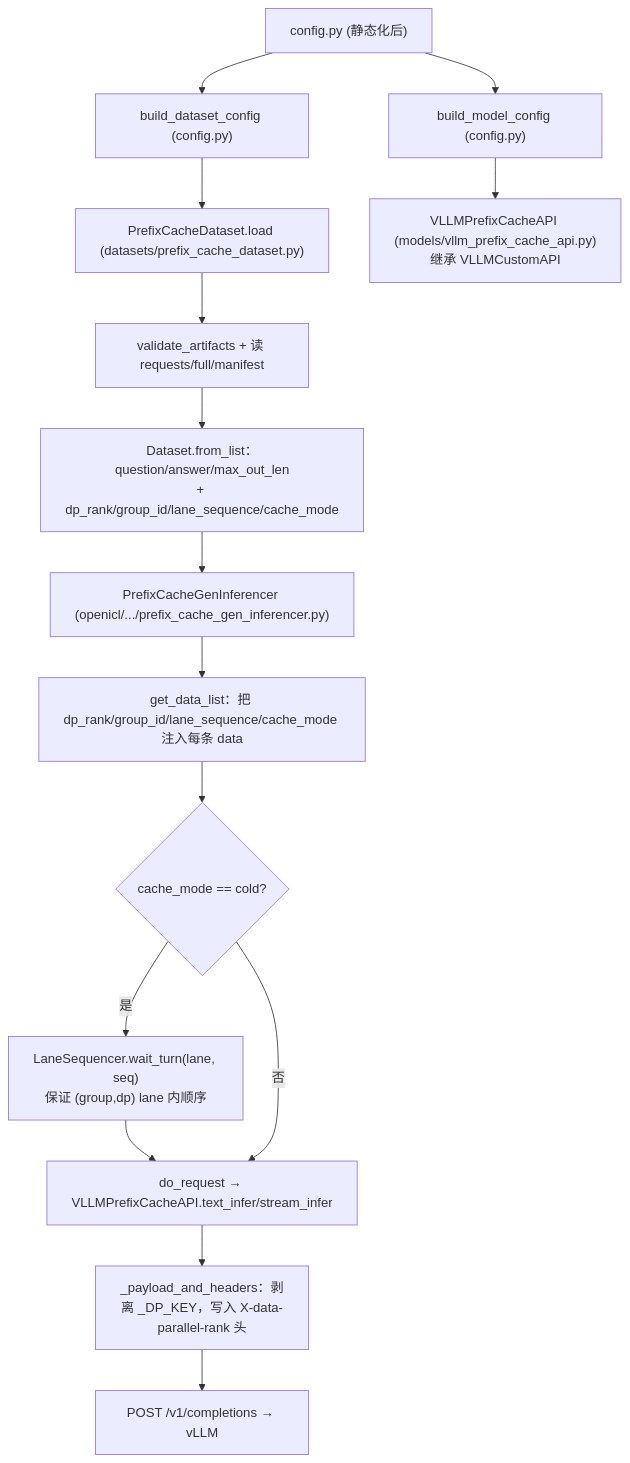
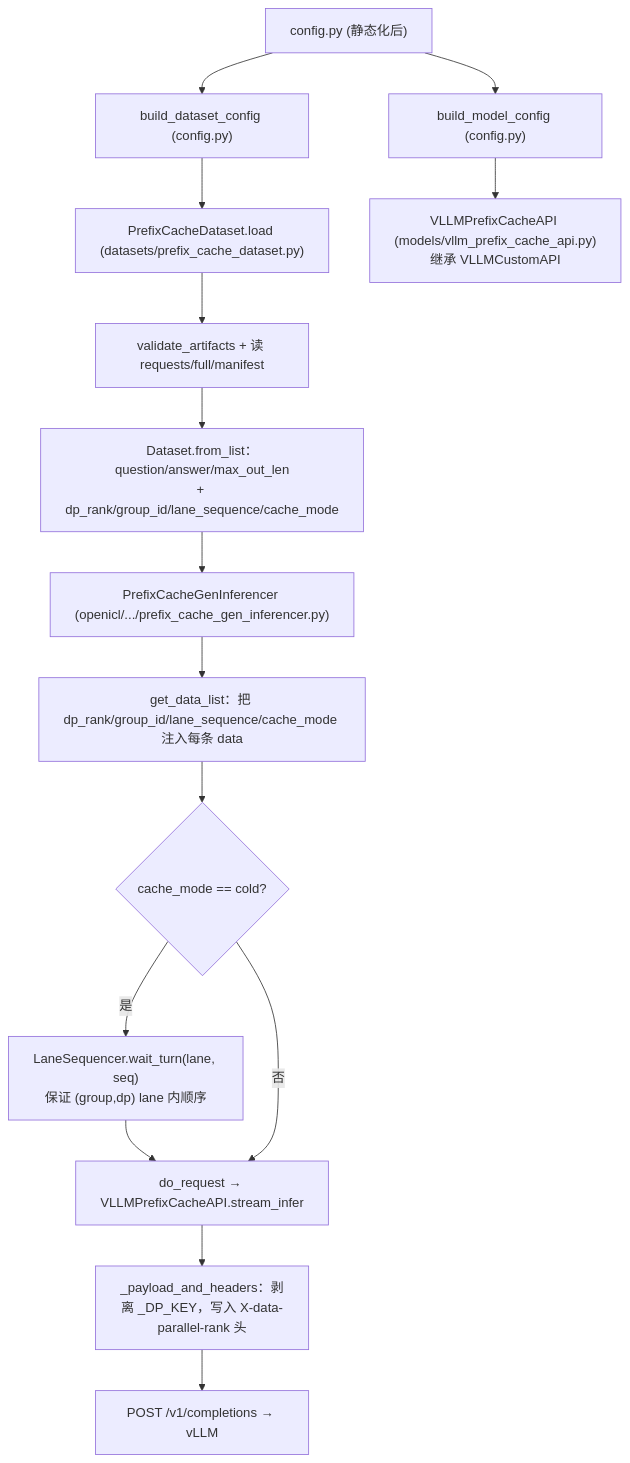
Before and after one commit to AISBench/benchmark: the fourth of 7 diagrams in plugins/prefix_cache/ARCHITECTURE.md, drawn with Mermaid. The commit also changed other lines of this file and 7 other files, not shown here.

````diff
--- a/plugins/prefix_cache/ARCHITECTURE.md
+++ b/plugins/prefix_cache/ARCHITECTURE.md
@@ -173,17 +173,17 @@
 ```mermaid
 flowchart TB
     A["config.py (静态化后)"] --> B["build_dataset_config (config.py)"]
     B --> B1["PrefixCacheDataset.load (datasets/prefix_cache_dataset.py)"]
     B1 --> B2["validate_artifacts + 读 requests/full/manifest"]
     B2 --> B3["Dataset.from_list：question/answer/max_out_len<br/>+ dp_rank/group_id/lane_sequence/cache_mode"]
     A --> C["build_model_config (config.py)"]
     C --> C1["VLLMPrefixCacheAPI (models/vllm_prefix_cache_api.py)<br/>继承 VLLMCustomAPI"]
     B3 --> D["PrefixCacheGenInferencer (openicl/.../prefix_cache_gen_inferencer.py)"]
     D --> D1["get_data_list：把 dp_rank/group_id/lane_sequence/cache_mode 注入每条 data"]
     D1 --> D2{"cache_mode == cold?"}
     D2 -- 是 --> D3["LaneSequencer.wait_turn(lane, seq)<br/>保证 (group,dp) lane 内顺序"]
-    D3 --> D4["do_request → VLLMPrefixCacheAPI.text_infer/stream_infer"]
+    D3 --> D4["do_request → VLLMPrefixCacheAPI.stream_infer"]
     D2 -- 否 --> D4
     D4 --> D5["_payload_and_headers：剥离 _DP_KEY，写入 X-data-parallel-rank 头"]
     D5 --> D6["POST /v1/completions → vLLM"]
 ```
````
